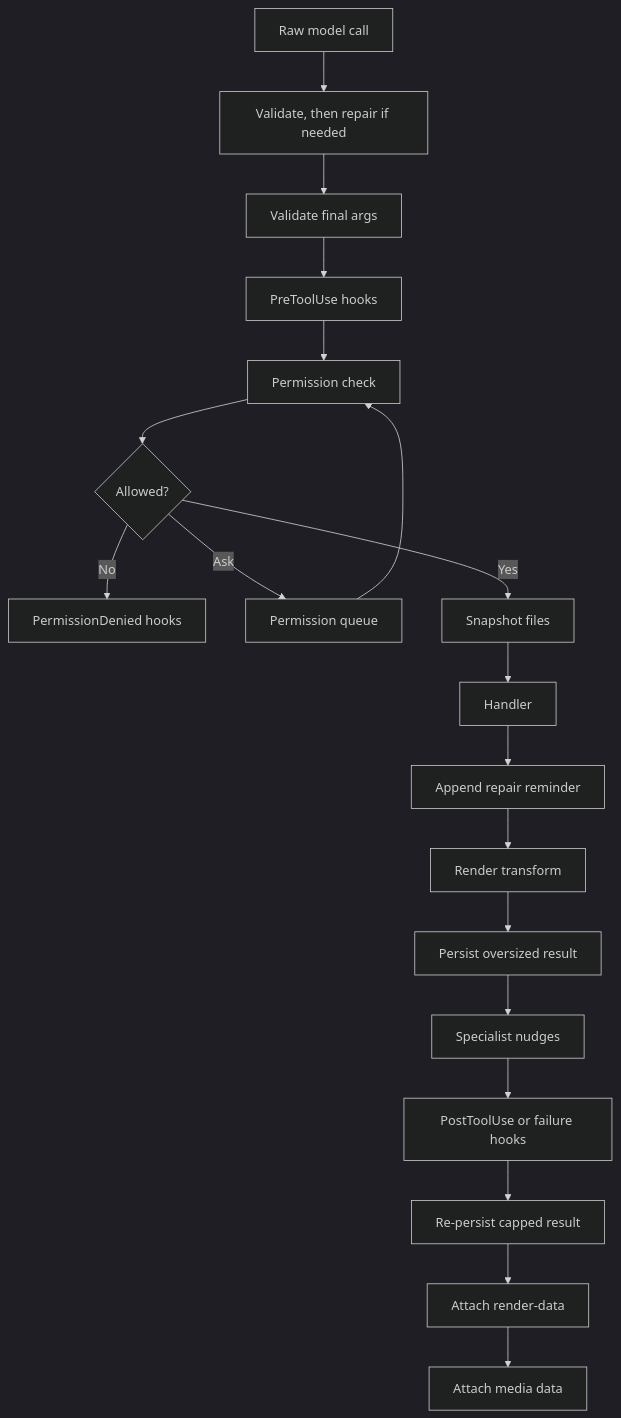
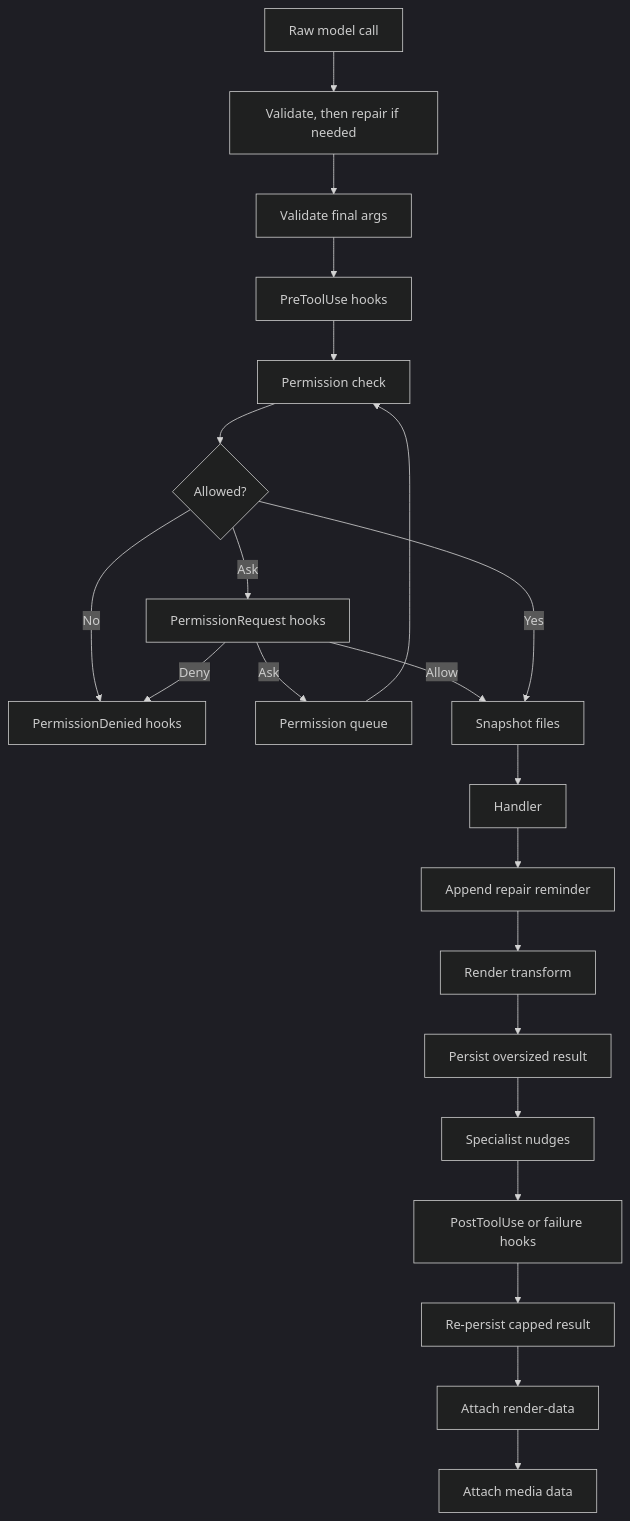
One commit to FrauH0lle/mevedel changed the diagram in docs/tools.md. Above: the diagram before and after it, drawn with Mermaid (dark theme). The commit also changed other lines of this file and 8 other files, not shown here.

First line of the commit message:
fix(hooks): Unify tool permission boundaries

````diff
--- a/docs/tools.md
+++ b/docs/tools.md
@@ -7,21 +7,24 @@
 ```mermaid
 flowchart TD
     R[Raw model call] --> S[Validate, then repair if needed]
     S --> A[Validate final args]
     A --> B[PreToolUse hooks]
     B --> C[Permission check]
     C --> D{Allowed?}
     D -- No --> E[PermissionDenied hooks]
-    D -- Ask --> F[Permission queue]
+    D -- Ask --> Q[PermissionRequest hooks]
+    Q -- Ask --> F[Permission queue]
+    Q -- Deny --> E
+    Q -- Allow --> G
     F --> C
     D -- Yes --> G[Snapshot files]
     G --> H[Handler]
     H --> I[Append repair reminder]
     I --> J[Render transform]
     J --> K[Persist oversized result]
     K --> L[Specialist nudges]
     L --> M[PostToolUse or failure hooks]
     M --> N[Re-persist capped result]
     N --> O[Attach render-data]
     O --> P[Attach media data]
 ```
````
